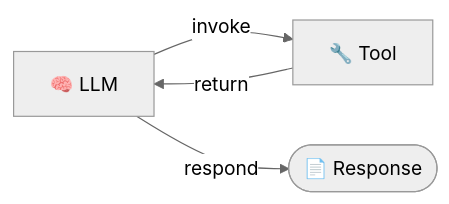
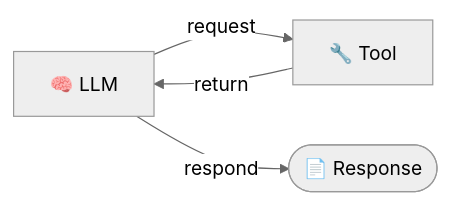
Before and after one commit to agenticloops-ai/agentic-ai-engineering: the fourth of 8 diagrams in 01-foundations/workshop.md, drawn with Mermaid (neutral theme). The commit also changed other lines of this file, not shown here.

````diff
--- a/01-foundations/workshop.md
+++ b/01-foundations/workshop.md
@@ -275,6 +365,6 @@
 ```mermaid
 flowchart LR
-    L[🧠 LLM] -->|invoke| T[🔧 Tool]
+    L[🧠 LLM] -->|request| T[🔧 Tool]
     T -->|return| L
     L -->|respond| O([📄 Response])
 ```
````
